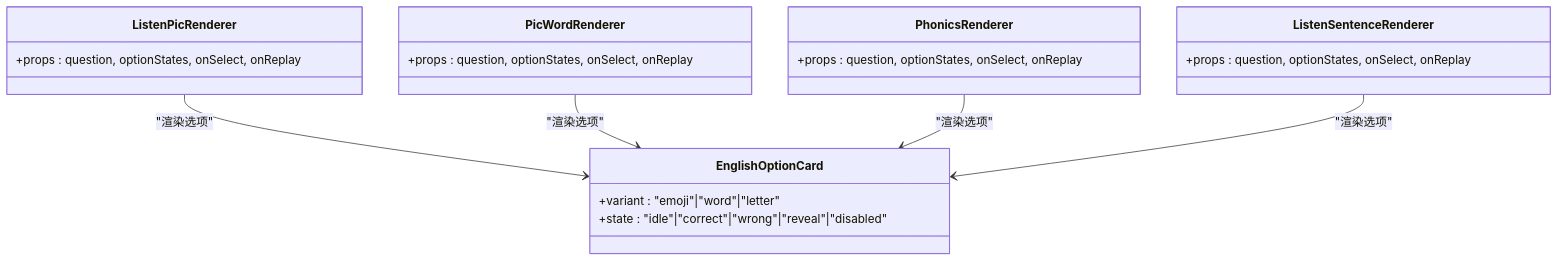
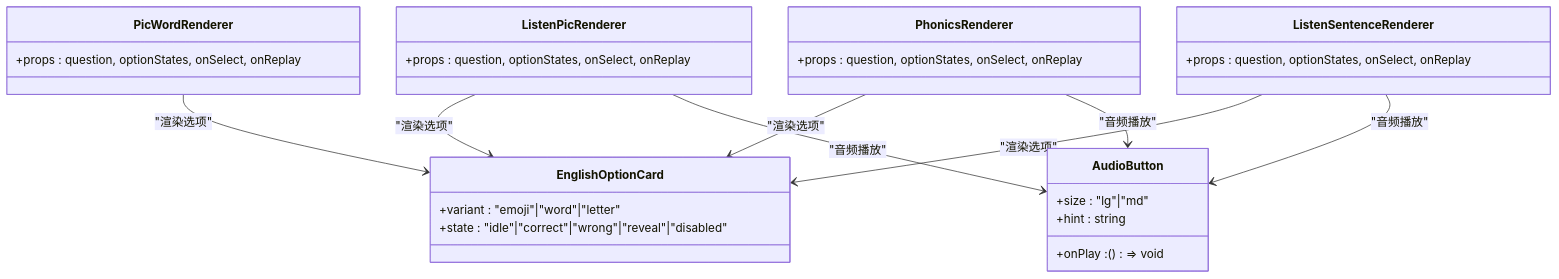
One commit to wudeng2005/rainbow-learning changed the fourth of 8 diagrams in .qoder/repowiki/zh/content/功能组件详解/英语学习模块.md. Above: the diagram before and after it, drawn with Mermaid. The commit also changed other lines of this file and 18 other files, not shown here.

````diff
--- a/.qoder/repowiki/zh/content/功能组件详解/英语学习模块.md
+++ b/.qoder/repowiki/zh/content/功能组件详解/英语学习模块.md
@@ -263,23 +269,31 @@
 ```mermaid
 classDiagram
 class ListenPicRenderer {
 +props : question, optionStates, onSelect, onReplay
 }
 class PicWordRenderer {
 +props : question, optionStates, onSelect, onReplay
 }
 class PhonicsRenderer {
 +props : question, optionStates, onSelect, onReplay
 }
 class ListenSentenceRenderer {
 +props : question, optionStates, onSelect, onReplay
 }
 class EnglishOptionCard {
 +variant : "emoji"|"word"|"letter"
 +state : "idle"|"correct"|"wrong"|"reveal"|"disabled"
 }
+class AudioButton {
++size : "lg"|"md"
++hint : string
++onPlay : () => void
+}
 ListenPicRenderer --> EnglishOptionCard : "渲染选项"
+ListenPicRenderer --> AudioButton : "音频播放"
 PicWordRenderer --> EnglishOptionCard : "渲染选项"
 PhonicsRenderer --> EnglishOptionCard : "渲染选项"
+PhonicsRenderer --> AudioButton : "音频播放"
 ListenSentenceRenderer --> EnglishOptionCard : "渲染选项"
+ListenSentenceRenderer --> AudioButton : "音频播放"
 ```
````
